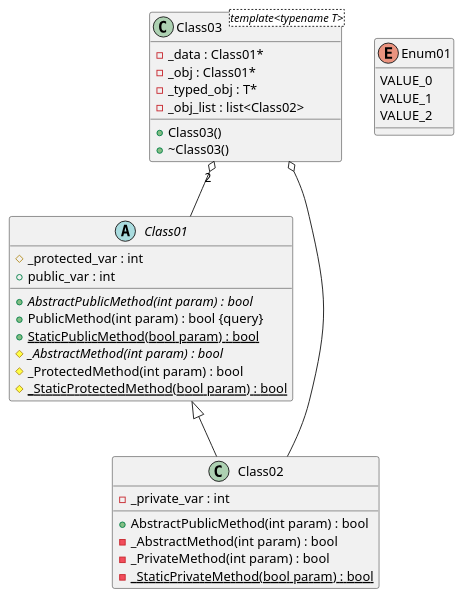
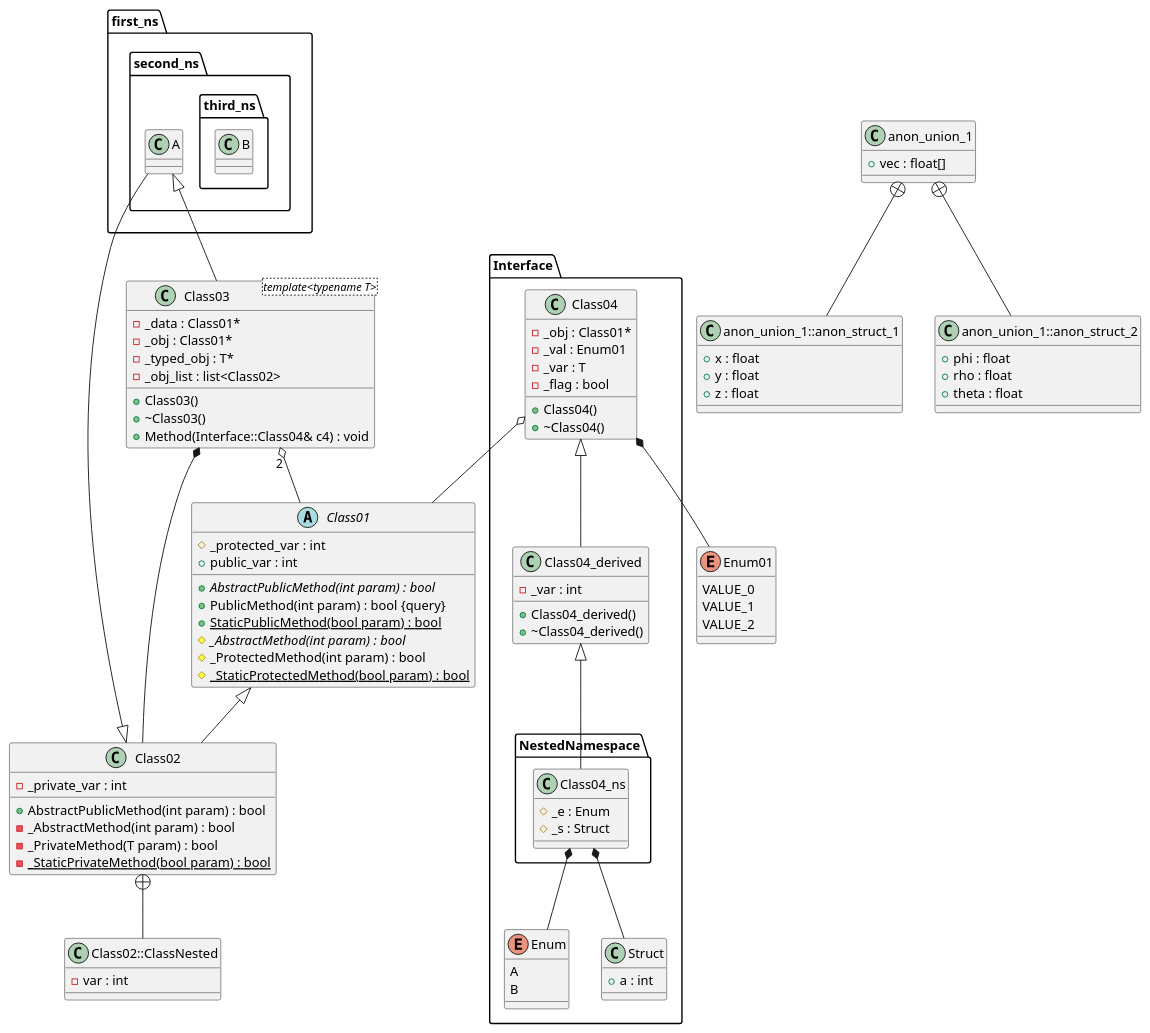
Before and after one commit to thibaultmarin/hpp2plantuml: the third of 4 diagrams in hpp2plantuml.org, drawn with PlantUML. The commit also changed other lines of this file and 12 other files, not shown here.

```diff
--- a/hpp2plantuml.org
+++ b/hpp2plantuml.org
@@ -1992,5 +2772,12 @@
-#+BEGIN_SRC plantuml :mkdirp yes :tangle tests/simple_classes.puml
+#+BEGIN_SRC plantuml :mkdirp yes :tangle tests/simple_classes_nodep.puml
 @startuml
+
+
+
+
+
+/' Objects '/
+
 abstract class Class01 {
 	+{abstract} AbstractPublicMethod(int param) : bool
 	+PublicMethod(int param) : bool {query}
@@ -2002,13 +2789,20 @@
 	+public_var : int
 }
 
+
 class Class02 {
 	+AbstractPublicMethod(int param) : bool
 	-_AbstractMethod(int param) : bool
-	-_PrivateMethod(int param) : bool
+	-_PrivateMethod(T param) : bool
 	-{static} _StaticPrivateMethod(bool param) : bool
 	-_private_var : int
 }
+
+
+class Class02::ClassNested {
+	-var : int
+}
+
 
 class Class03 <template<typename T>> {
 	+Class03()
@@ -2017,7 +2811,9 @@
 	-_obj : Class01*
 	-_typed_obj : T*
 	-_obj_list : list<Class02>
+	+Method(Interface::Class04& c4) : void
 }
+
 
 enum Enum01 {
 	VALUE_0
@@ -2025,9 +2821,132 @@
 	VALUE_2
 }
 
+
+class anon_union_1::anon_struct_1 {
+	+x : float
+	+y : float
+	+z : float
+}
+
+
+class anon_union_1::anon_struct_2 {
+	+phi : float
+	+rho : float
+	+theta : float
+}
+
+
+class anon_union_1 {
+	+vec : float[]
+}
+
+
+namespace first_ns {
+	namespace second_ns {
+		class A {
+		}
+
+		namespace third_ns {
+			class B {
+			}
+		}
+	}
+}
+
+
+namespace Interface {
+	class Class04 {
+		+Class04()
+		+~Class04()
+		-_obj : Class01*
+		-_val : Enum01
+		-_var : T
+		-_flag : bool
+	}
+
+	class Class04_derived {
+		+Class04_derived()
+		+~Class04_derived()
+		-_var : int
+	}
+
+	enum Enum {
+		A
+		B
+	}
+
+	class Struct {
+		+a : int
+	}
+
+	namespace NestedNamespace {
+		class Class04_ns {
+			#_e : Enum
+			#_s : Struct
+		}
+	}
+}
+
+
+
+
+
+/' Inheritance relationships '/
+
+first_ns.second_ns.A <|-- Class03
+
+
 Class01 <|-- Class02
+
+
+Class02 <|-- first_ns.second_ns.A
+
+
+Interface.Class04 <|-- Interface.Class04_derived
+
+
+Interface.Class04_derived <|-- Interface.NestedNamespace.Class04_ns
+
+
+
+
+
+/' Aggregation relationships '/
+
 Class03 "2" o-- Class01
-Class03 o-- Class02
+
+
+Class03 *-- Class02
+
+
+Interface.Class04 o-- Class01
+
+
+Interface.Class04 *-- Enum01
+
+
+Interface.NestedNamespace.Class04_ns *-- Interface.Enum
+
+
+Interface.NestedNamespace.Class04_ns *-- Interface.Struct
+
+
+
+
+
+
+/' Nested objects '/
+
+Class02 +-- Class02::ClassNested
+
+
+anon_union_1 +-- anon_union_1::anon_struct_1
+
+
+anon_union_1 +-- anon_union_1::anon_struct_2
+
+
+
 
 @enduml
 #+END_SRC
```
